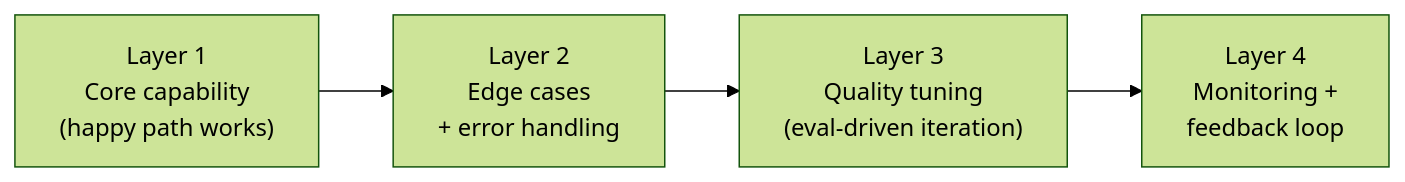
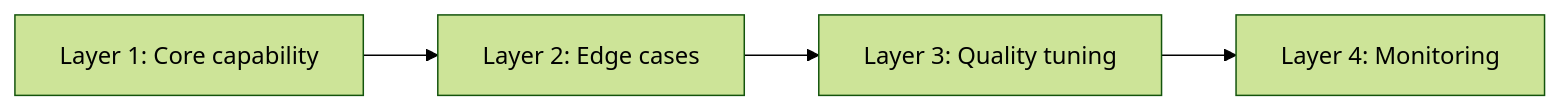
The second of 2 diagrams in module-05-ai-product-management.md (mjac-yue/ai-architecture-for-pms), drawn with Mermaid (forest theme) before and after one commit. The commit also changed 15 other files, not shown here.

First line of the commit message:
Remove HTML tags from Mermaid node labels for Obsidian compatibility

````diff
--- a/module-05-ai-product-management.md
+++ b/module-05-ai-product-management.md
@@ -127,6 +127,6 @@
 ```mermaid
 flowchart LR
-    A["Layer 1<br>Core capability<br>(happy path works)"] --> B["Layer 2<br>Edge cases<br>+ error handling"]
-    B --> C["Layer 3<br>Quality tuning<br>(eval-driven iteration)"]
-    C --> D["Layer 4<br>Monitoring +<br>feedback loop"]
+    A["Layer 1: Core capability"] --> B["Layer 2: Edge cases"]
+    B --> C["Layer 3: Quality tuning"]
+    C --> D["Layer 4: Monitoring"]
 ```
````
